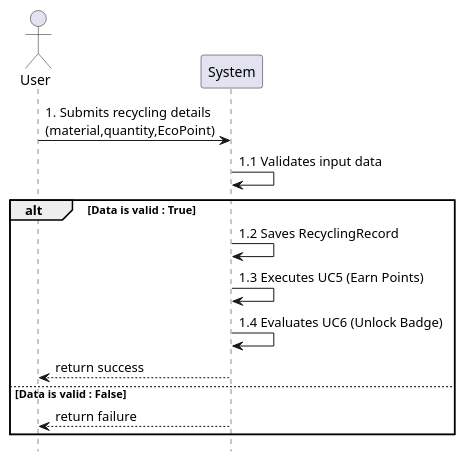
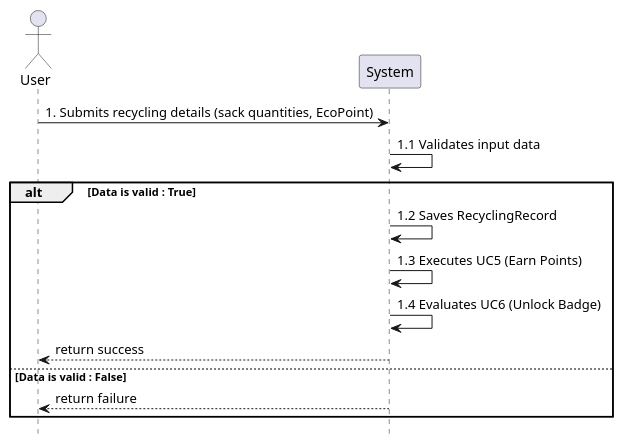
The diagram in Documentation/puml/User Case 4.puml (Sw33t23/DSSMV_ProjectDroid_1241270_1251443), drawn with PlantUML before and after one commit.

Commit message:
docs : Update Use Case 4

```diff
--- a/Documentation/puml/User Case 4.puml
+++ b/Documentation/puml/User Case 4.puml
@@ -1,21 +1,21 @@
 @startuml
 'https://plantuml.com/use-case-diagram
 hide footbox
 actor User
 participant System
 
-User -> System : 1. Submits recycling details\n(material,quantity,EcoPoint)
+User -> System : 1. Submits recycling details (sack quantities, EcoPoint)
 System -> System: 1.1 Validates input data
 
 alt Data is valid : True
 System -> System : 1.2 Saves RecyclingRecord
 System -> System : 1.3 Executes UC5 (Earn Points)
 System -> System : 1.4 Evaluates UC6 (Unlock Badge)
 System --> User : return success
 
 else Data is valid : False
 System --> User : return failure
 end
 
 
  @enduml
```
